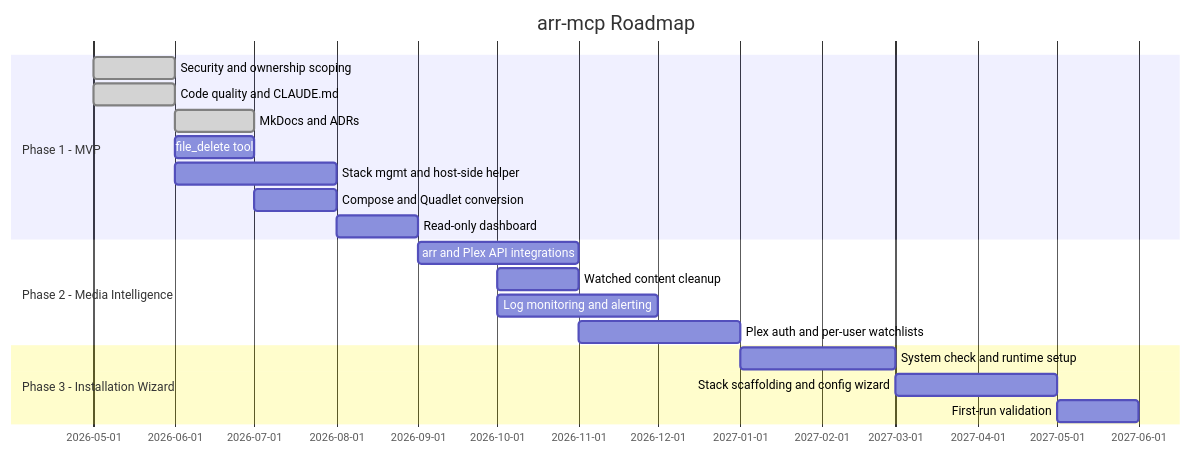
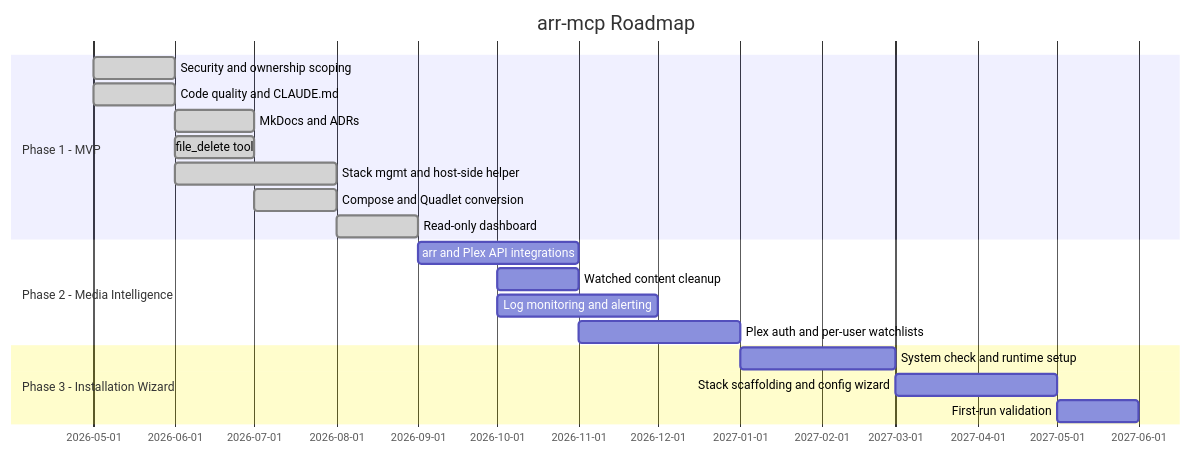
The diagram in docs/roadmap.md (ryanbrinn/arr-mcp), drawn with Mermaid before and after one commit. The commit also changed 1 other file, not shown here.

Commit message:
chore: add Gantt discipline rules and sync roadmap to current state
Add a Roadmap and Gantt Discipline section to CLAUDE.md requiring the
Gantt chart to be updated whenever issues are opened, PRs are merged,
or roadmap items change. Also marks all Phase 1 Gantt items as done
to reflect what is actually implemented in the codebase.

````diff
--- a/docs/roadmap.md
+++ b/docs/roadmap.md
@@ -11,25 +11,25 @@
 ```mermaid
 gantt
     title arr-mcp Roadmap
     dateFormat YYYY-MM
 
     section Phase 1 - MVP
         Security and ownership scoping          :done,    p1a, 2026-05, 2026-06
         Code quality and CLAUDE.md              :done,    p1b, 2026-05, 2026-06
         MkDocs and ADRs                         :done,    p1c, 2026-06, 2026-07
-        file_delete tool                        :         p1d, 2026-06, 2026-07
-        Stack mgmt and host-side helper         :         p1e, 2026-06, 2026-08
-        Compose and Quadlet conversion          :         p1f, 2026-07, 2026-08
-        Read-only dashboard                     :         p1g, 2026-08, 2026-09
+        file_delete tool                        :done,    p1d, 2026-06, 2026-07
+        Stack mgmt and host-side helper         :done,    p1e, 2026-06, 2026-08
+        Compose and Quadlet conversion          :done,    p1f, 2026-07, 2026-08
+        Read-only dashboard                     :done,    p1g, 2026-08, 2026-09
 
     section Phase 2 - Media Intelligence
         arr and Plex API integrations           :         p2a, 2026-09, 2026-11
         Watched content cleanup                 :         p2b, 2026-10, 2026-11
         Log monitoring and alerting             :         p2c, 2026-10, 2026-12
         Plex auth and per-user watchlists       :         p2d, 2026-11, 2027-01
 
     section Phase 3 - Installation Wizard
         System check and runtime setup          :         p3a, 2027-01, 2027-03
         Stack scaffolding and config wizard     :         p3b, 2027-03, 2027-05
         First-run validation                    :         p3c, 2027-05, 2027-06
 ```
````
